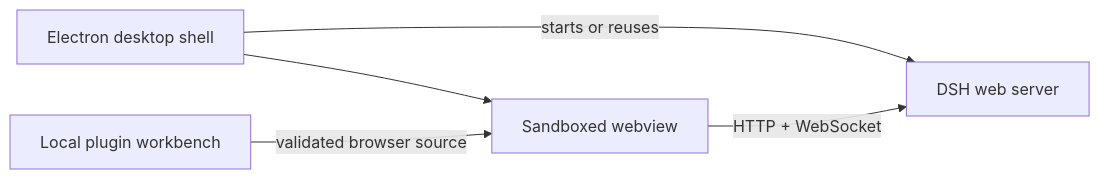
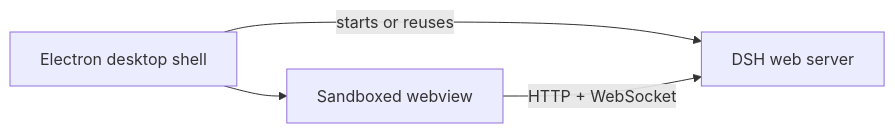
Before and after one commit to ParkerLille/dsh-desktop: the diagram in README.md, drawn with Mermaid. The commit also changed other lines of this file and 17 other files, not shown here.

First line of the commit message:
Remove the local plugin workbench and desktop chrome

````diff
--- a/README.md
+++ b/README.md
@@ -63,7 +62,6 @@
 ```mermaid
 flowchart LR
   Desktop[Electron desktop shell] -->|starts or reuses| DSH[DSH web server]
   Desktop --> WebView[Sandboxed webview]
   WebView -->|HTTP + WebSocket| DSH
-  Workbench[Local plugin workbench] -->|validated browser source| WebView
 ```
````
